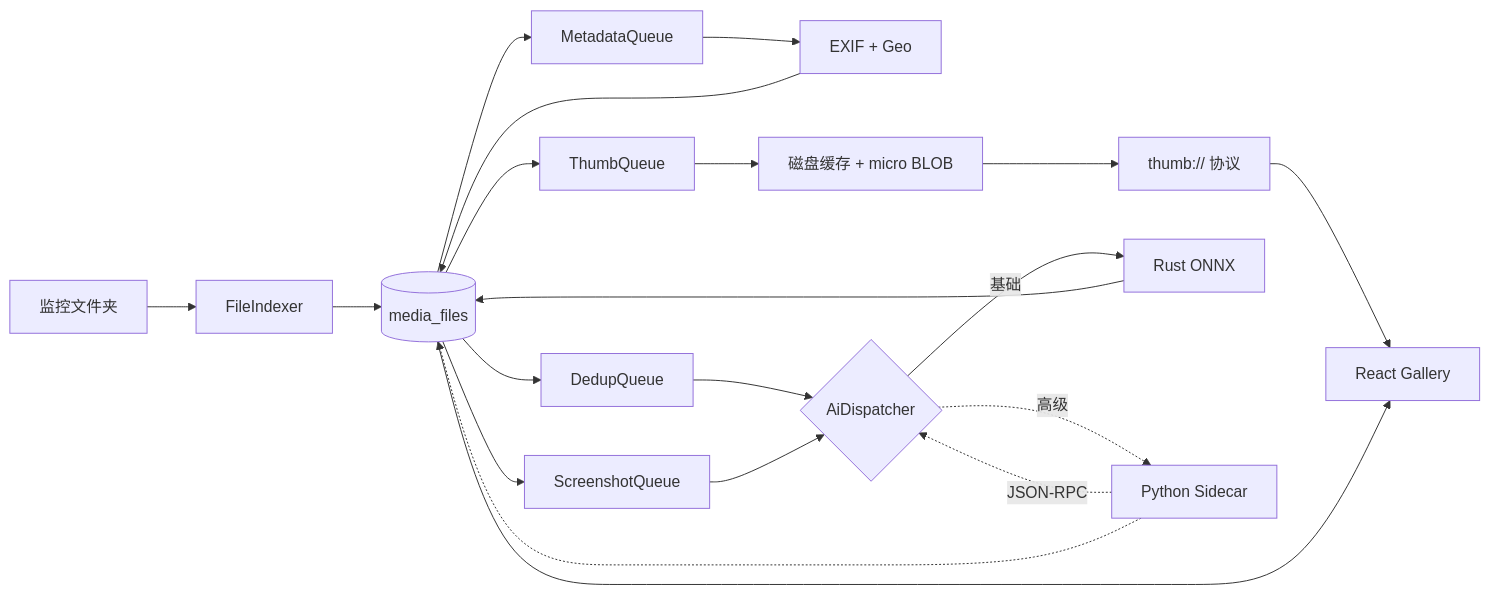
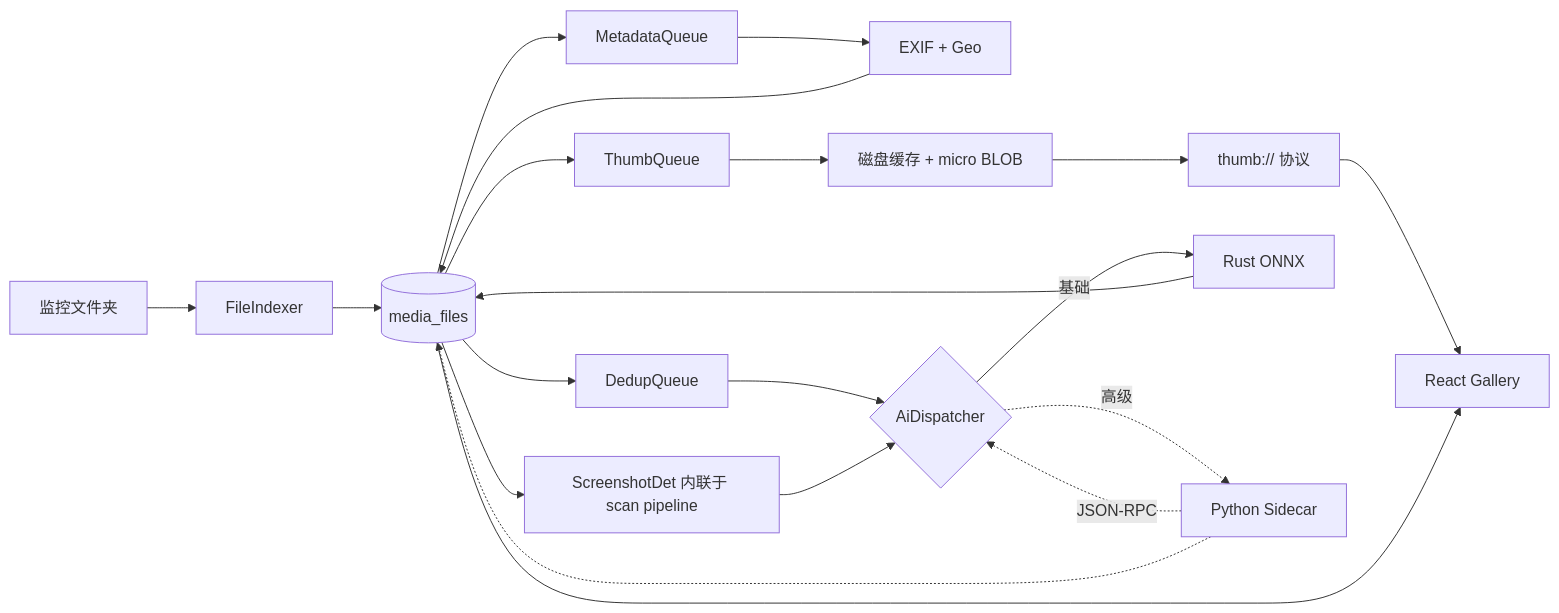
Before and after one commit to halft0n/LightFrame: the first of 11 diagrams in docs/4-detailed-design.md, drawn with Mermaid. The commit also changed other lines of this file and 8 other files, not shown here.

````diff
--- a/docs/4-detailed-design.md
+++ b/docs/4-detailed-design.md
@@ -63,22 +63,22 @@
 ```mermaid
 flowchart LR
     A[监控文件夹] --> B[FileIndexer]
     B --> C[(media_files)]
     C --> D[MetadataQueue]
     D --> E[EXIF + Geo]
     E --> C
     C --> F[ThumbQueue]
     F --> G[磁盘缓存 + micro BLOB]
     C --> H[DedupQueue]
-    C --> I[ScreenshotQueue]
+    C --> I[ScreenshotDet 内联于 scan pipeline]
     G --> J[thumb:// 协议]
     J --> K[React Gallery]
     C --> K
     H --> L{AiDispatcher}
     I --> L
     L -->|基础| M[Rust ONNX]
     L -.->|高级| N[Python Sidecar]
     N -.->|JSON-RPC| L
     M --> C
     N -.-> C
 ```
````
